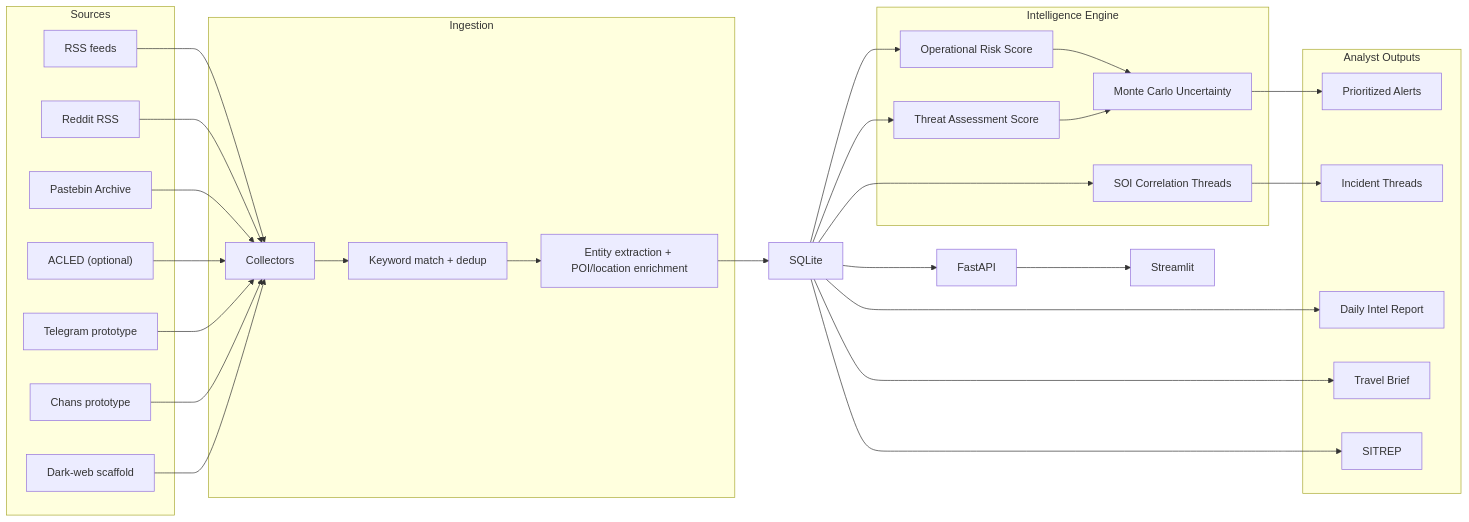
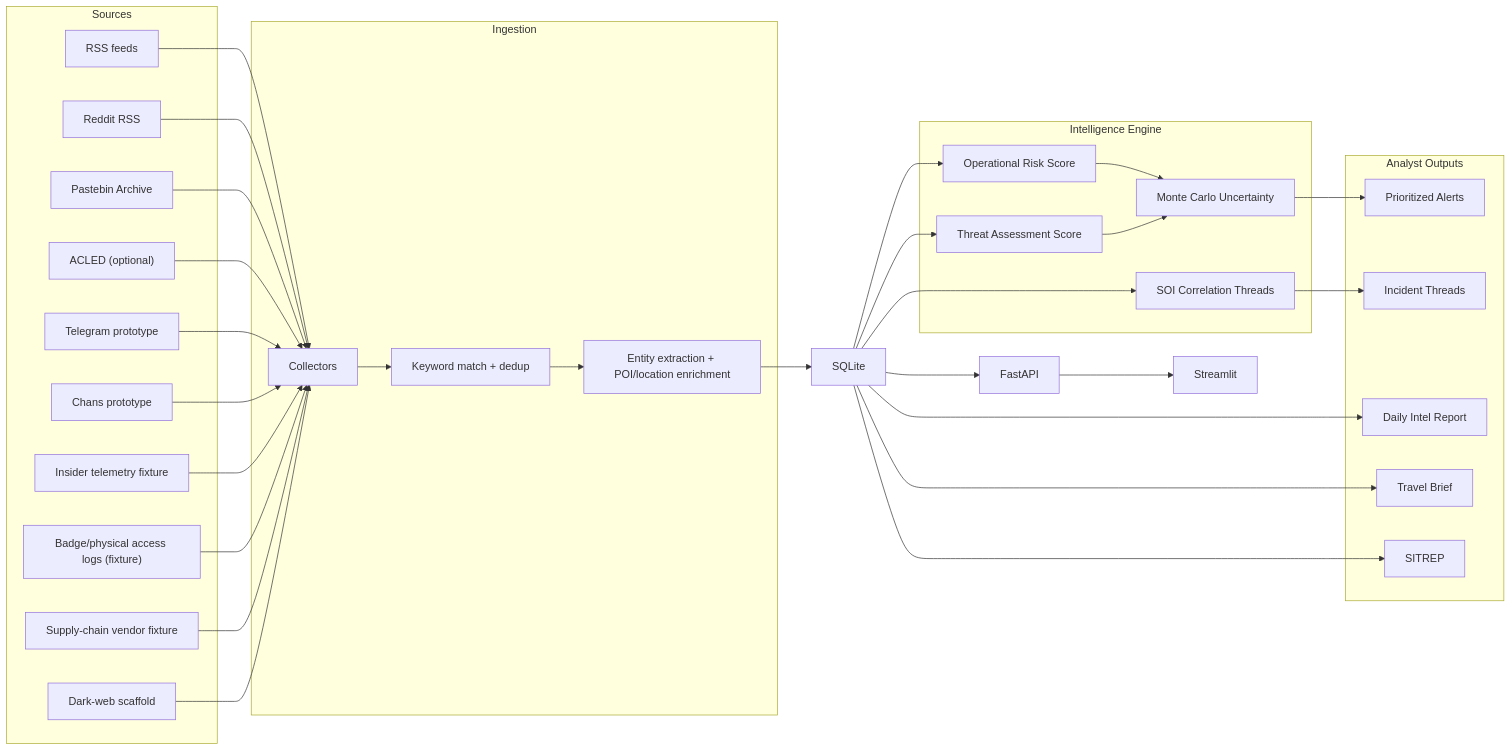
One commit to wksprojects/protective-intelligence-assistant changed the first of 2 diagrams in README.md. Above: the diagram before and after it, drawn with Mermaid. The commit also changed other lines of this file and 20 other files, not shown here.

Commit message:
Add insider-risk module and supply-chain scaffold

````diff
--- a/README.md
+++ b/README.md
@@ -51,60 +57,66 @@
 ```mermaid
 flowchart LR
     subgraph Sources
         RSS["RSS feeds"]
         Reddit["Reddit RSS"]
         Paste["Pastebin Archive"]
         ACLED["ACLED (optional)"]
         TG["Telegram prototype"]
         Chans["Chans prototype"]
+        Insider["Insider telemetry fixture"]
+        Physical["Badge/physical access logs (fixture)"]
+        Vendor["Supply-chain vendor fixture"]
         DW["Dark-web scaffold"]
     end
 
     subgraph Ingestion
         Collect["Collectors"]
         Match["Keyword match + dedup"]
         Extract["Entity extraction + POI/location enrichment"]
     end
 
     subgraph Intelligence Engine
         Corr["SOI Correlation Threads"]
         ORS["Operational Risk Score"]
         TAS["Threat Assessment Score"]
         MC["Monte Carlo Uncertainty"]
     end
 
     subgraph Analyst Outputs
         Alerts["Prioritized Alerts"]
         Threads["Incident Threads"]
         Daily["Daily Intel Report"]
         Travel["Travel Brief"]
         SITREP["SITREP"]
     end
 
     DB["SQLite"]
     API["FastAPI"]
     UI["Streamlit"]
 
     RSS --> Collect
     Reddit --> Collect
     Paste --> Collect
     ACLED --> Collect
     TG --> Collect
     Chans --> Collect
+    Insider --> Collect
+    Physical --> Collect
+    Vendor --> Collect
     DW --> Collect
 
     Collect --> Match --> Extract --> DB
     DB --> Corr
     DB --> ORS
     DB --> TAS
     ORS --> MC
     TAS --> MC
 
     Corr --> Threads
     MC --> Alerts
     DB --> Daily
     DB --> Travel
     DB --> SITREP
 
     DB --> API --> UI
 ```
````
